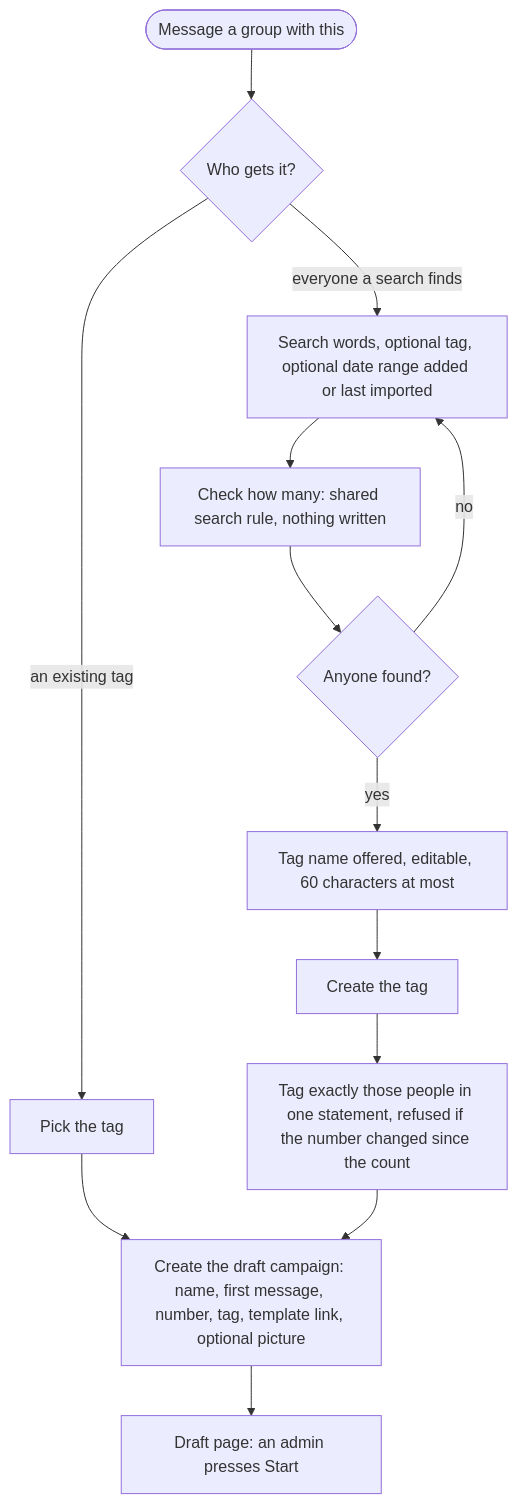
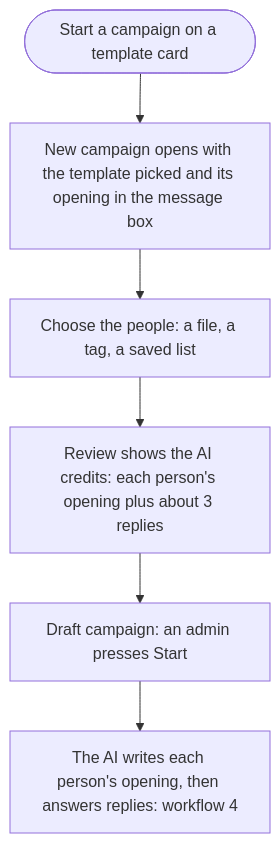
Before and after one commit to Kushalr3ddy/whatsapp-crm: the third of 8 diagrams in docs/36-workflows.md, drawn with Mermaid. The commit also changed other lines of this file and 55 other files, not shown here.

````diff
--- a/docs/36-workflows.md
+++ b/docs/36-workflows.md
@@ -74,15 +75,8 @@
 ```mermaid
 flowchart TD
-  A([Message a group with this]) --> B{Who gets it?}
-  B -- an existing tag --> C[Pick the tag]
-  B -- everyone a search finds --> D[Search words, optional tag, optional date range added or last imported]
-  D --> E[Check how many: shared search rule, nothing written]
-  E --> F{Anyone found?}
-  F -- no --> D
-  F -- yes --> G[Tag name offered, editable, 60 characters at most]
-  G --> H[Create the tag]
-  H --> I[Tag exactly those people in one statement, refused if the number changed since the count]
-  C --> J
-  I --> J[Create the draft campaign: name, first message, number, tag, template link, optional picture]
-  J --> K[Draft page: an admin presses Start]
+  A([Start a campaign on a template card]) --> B[New campaign opens with the template picked and its opening in the message box]
+  B --> C[Choose the people: a file, a tag, a saved list]
+  C --> D[Review shows the AI credits: each person's opening plus about 3 replies]
+  D --> E[Draft campaign: an admin presses Start]
+  E --> F[The AI writes each person's opening, then answers replies: workflow 4]
 ```
````
